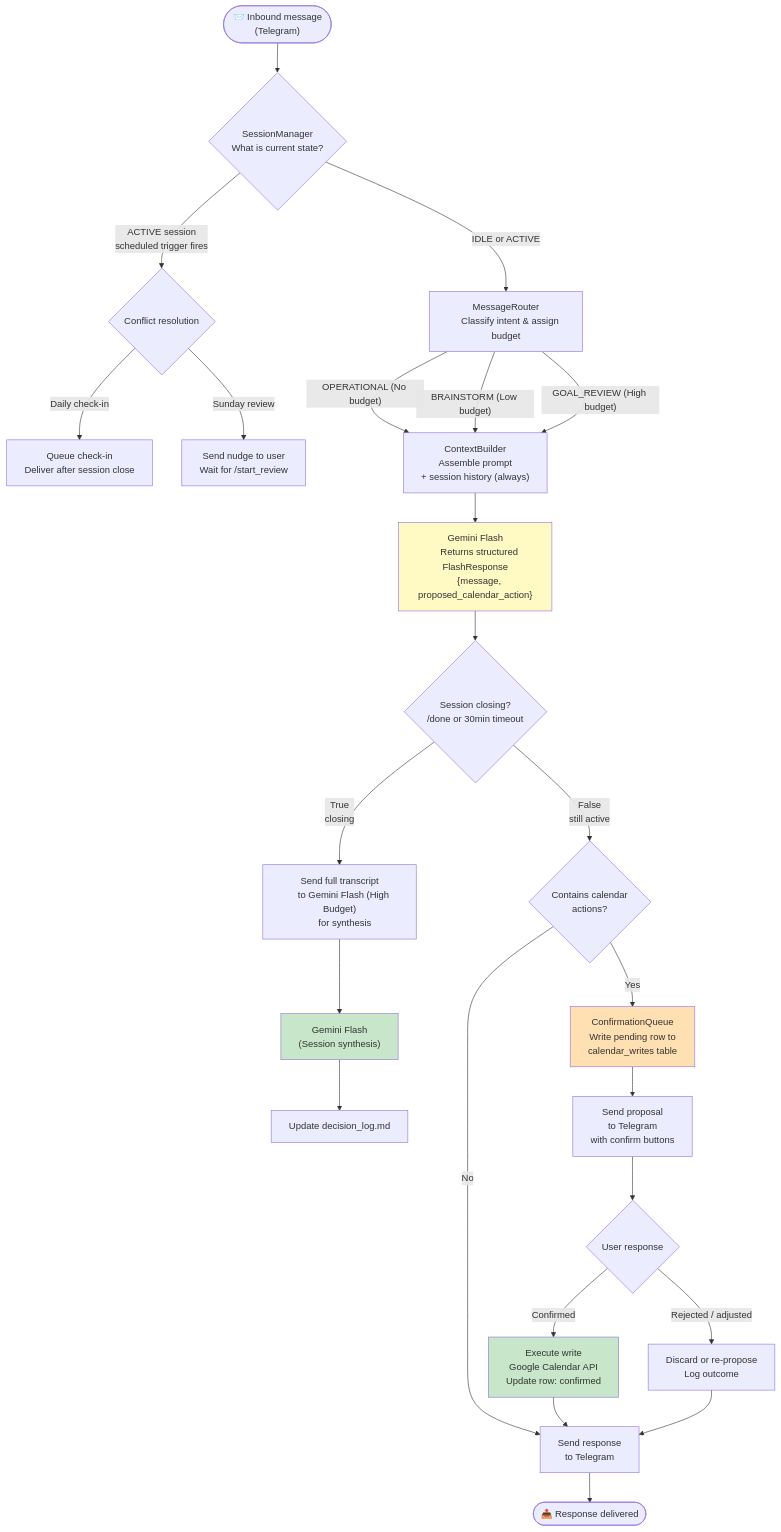
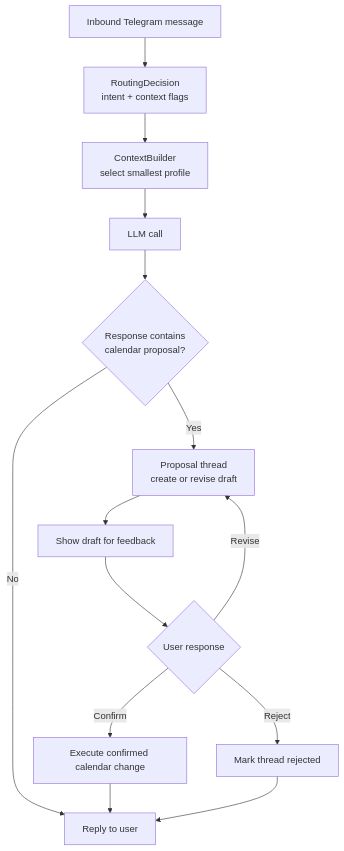
The second of 4 diagrams in ARCHITECTURE.md (isaachuahy/david), drawn with Mermaid before and after one commit. The commit also changed other lines of this file and 8 other files, not shown here.

First line of the commit message:
Implement durable and more focused Sunday review workflows with state management.

````diff
--- a/ARCHITECTURE.md
+++ b/ARCHITECTURE.md
@@ -42,72 +41,23 @@
 ```mermaid
 flowchart TD
-    A(["📨 Inbound message
-    (Telegram)"])
+    A["Inbound Telegram message"] --> B["RoutingDecision
+    intent + context flags"]
+    B --> C["ContextBuilder
+    select smallest profile"]
+    C --> D["LLM call"]
+    D --> E{"Response contains
+    calendar proposal?"}
 
-    A --> B{"SessionManager
-    What is current state?"}
+    E -- "No" --> F["Reply to user"]
+    E -- "Yes" --> G["Proposal thread
+    create or revise draft"]
+    G --> H["Show draft for feedback"]
+    H --> I{"User response"}
 
-    B -- "IDLE or ACTIVE" --> C["MessageRouter
-    Classify intent & assign budget"]
-    B -- "ACTIVE session
-    scheduled trigger fires" --> D{"Conflict resolution"}
+    I -- "Revise" --> G
+    I -- "Confirm" --> J["Execute confirmed calendar change"]
+    I -- "Reject" --> K["Mark thread rejected"]
 
-    D -- "Daily check-in" --> D1["Queue check-in
-    Deliver after session close"]
-    D -- "Sunday review" --> D2["Send nudge to user
-    Wait for /start_review"]
-
-    C -- "OPERATIONAL (No budget)" --> E
-    C -- "BRAINSTORM (Low budget)" --> E
-    C -- "GOAL_REVIEW (High budget)" --> E
-
-    E["ContextBuilder
-    Assemble prompt
-    + session history (always)"] --> G["Gemini Flash
-    Returns structured FlashResponse
-    {message, proposed_calendar_action}"]
-
-    G --> J{"Session closing?
-    /done or 30min timeout"}
-
-    J -- "False
-    still active" --> P{"Contains calendar
-    actions?"}
-    J -- "True
-    closing" --> M["Send full transcript
-    to Gemini Flash (High Budget)
-    for synthesis"]
-
-    M --> N["Gemini Flash
-    (Session synthesis)"]
-
-    N --> O["Update decision_log.md"]
-
-    P -- "No" --> K["Send response
-    to Telegram"]
-    P -- "Yes" --> Q["ConfirmationQueue
-    Write pending row to
-    calendar_writes table"]
-
-    Q --> R["Send proposal
-    to Telegram
-    with confirm buttons"]
-
-    R --> S{"User response"}
-
-    S -- "Confirmed" --> T["Execute write
-    Google Calendar API
-    Update row: confirmed"]
-    S -- "Rejected / adjusted" --> U["Discard or re-propose
-    Log outcome"]
-
-    T --> K
-    U --> K
-
-    K --> V(["📤 Response delivered"])
-
-    style N fill:#c8e6c9
-    style G fill:#fff9c4
-    style Q fill:#ffe0b2
-    style T fill:#c8e6c9
+    J --> F
+    K --> F
 ```
````
